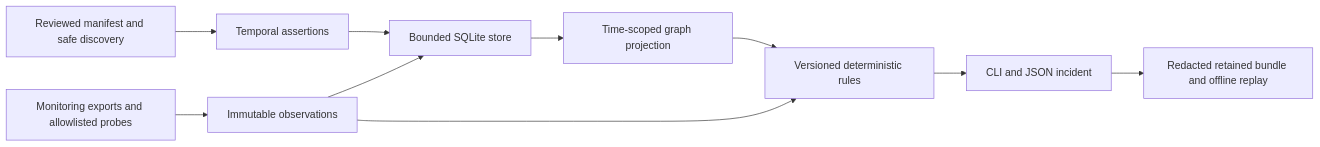
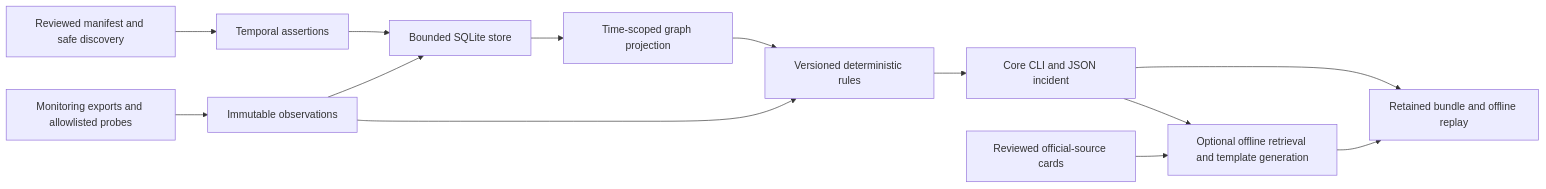
Before and after one commit to gellsmore-svg/Phoebe: the diagram in docs/architecture.md, drawn with Mermaid. The commit also changed other lines of this file and 21 other files, not shown here.

Commit message:
Update documentation for 0.3.0 modules, offline RAG and replay

````diff
--- a/docs/architecture.md
+++ b/docs/architecture.md
@@ -5,12 +5,15 @@
 ```mermaid
 flowchart LR
   M[Reviewed manifest and safe discovery] --> A[Temporal assertions]
   T[Monitoring exports and allowlisted probes] --> O[Immutable observations]
   A --> S[Bounded SQLite store]
   O --> S
   S --> G[Time-scoped graph projection]
   G --> D[Versioned deterministic rules]
   O --> D
-  D --> R[CLI and JSON incident]
-  R --> B[Redacted retained bundle and offline replay]
+  D --> R[Core CLI and JSON incident]
+  R --> K[Optional offline retrieval and template generation]
+  C[Reviewed official-source cards] --> K
+  R --> B[Retained bundle and offline replay]
+  K --> B
 ```
````
